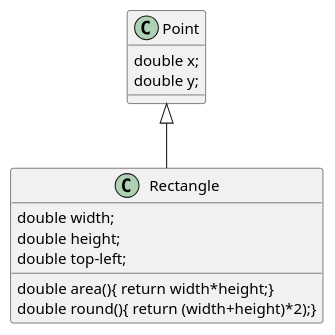
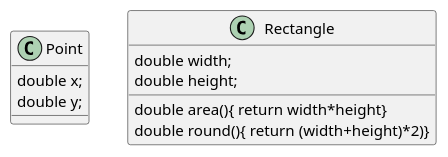
Before and after one commit to orm-camp-flutter-2ki/learn_dart_together: the diagram in lib/240312/Rectangle_diagram.puml, drawn with PlantUML. The commit also changed 3 other files, not shown here.

```diff
--- a/lib/240312/Rectangle_diagram.puml
+++ b/lib/240312/Rectangle_diagram.puml
@@ -1,18 +1,19 @@
 @startuml
 class Point {
     double x;
     double y;
 
 }
-class Rectangle extends Point{
+
+class Rectangle {
     double width;
     double height;
-    double top-left;
+'    Point topLeft;
 
 
-double area(){ return width*height;}
-double round(){ return (width+height)*2);}
+double area(){ return width*height}
+double round(){ return (width+height)*2)}
 }
 
 
 @enduml
```
